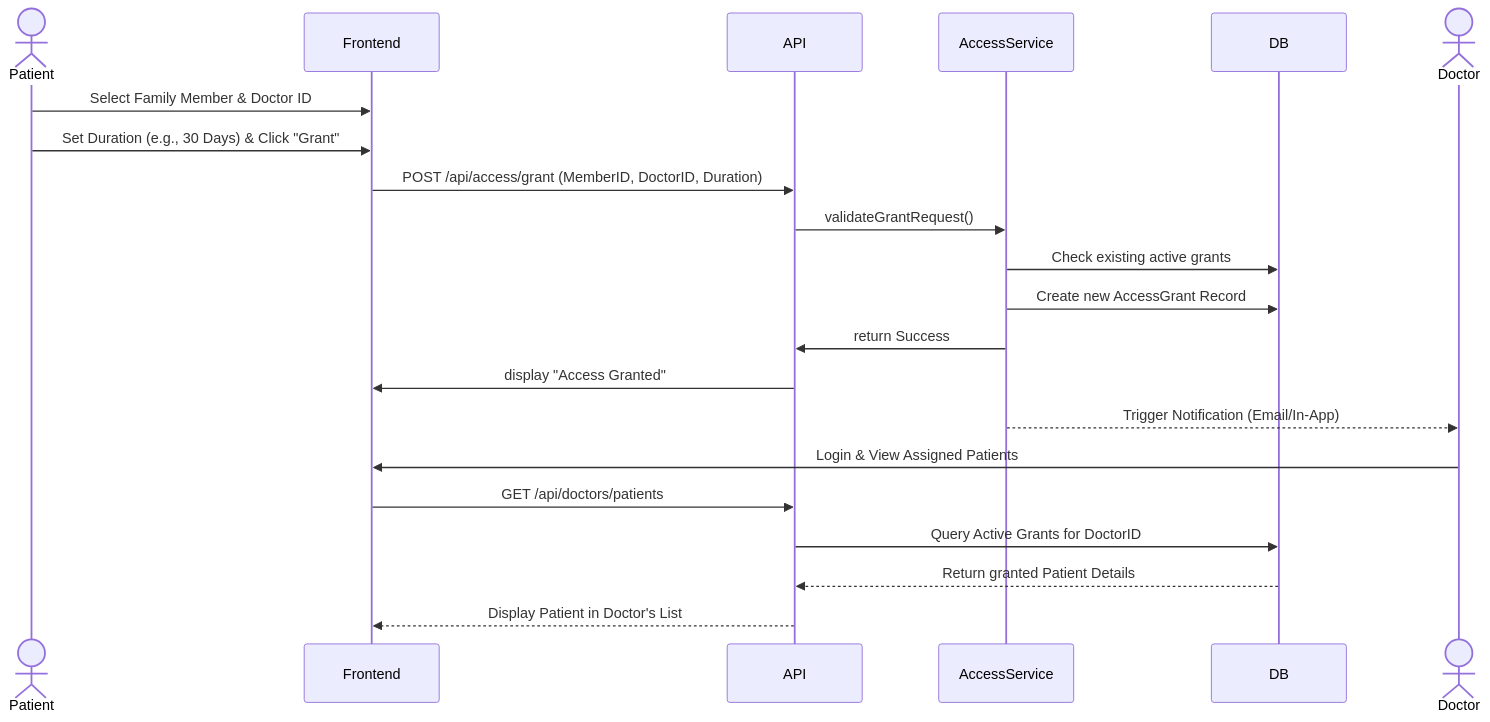
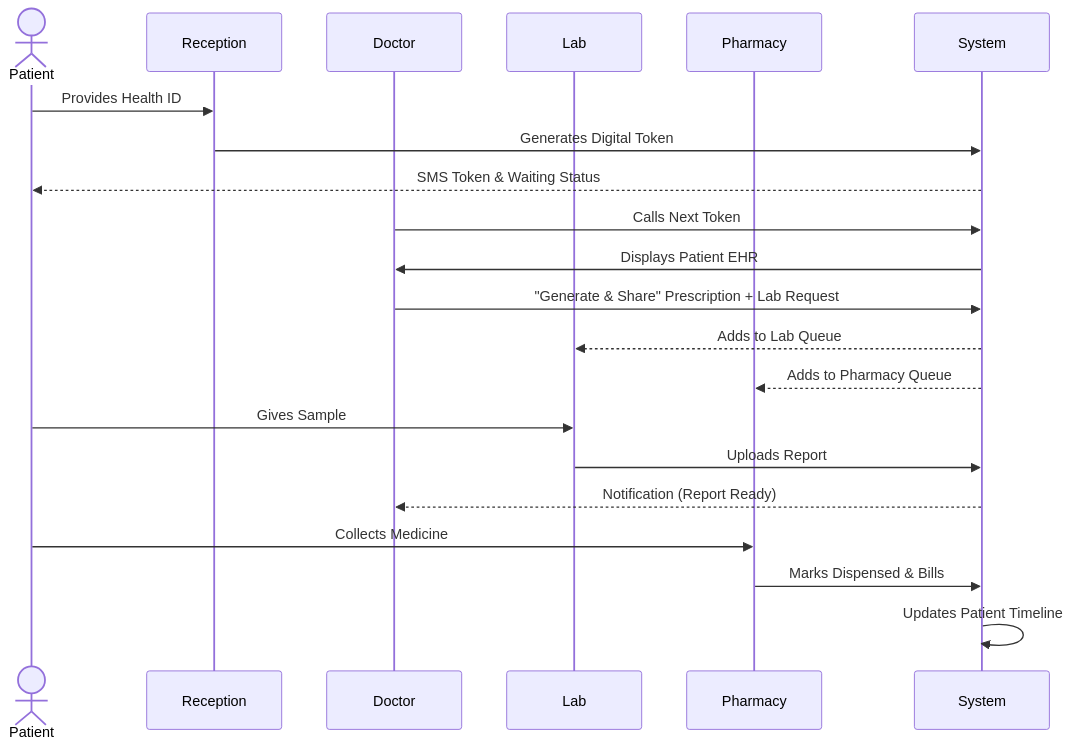
One commit to neeteshdixit/health-care-management changed the second of 2 diagrams in healthvault_prd.md. Above: the diagram before and after it, drawn with Mermaid. The commit also changed other lines of this file, not shown here.

Commit message:
docs: expand master PRD to include full hospital workflows and EHR

````diff
--- a/healthvault_prd.md
+++ b/healthvault_prd.md
@@ -166,26 +139,28 @@
 ```mermaid
 sequenceDiagram
     actor Patient
-    participant Frontend
-    participant API
-    participant AccessService
-    participant DB
-    actor Doctor
+    participant Reception
+    participant Doctor
+    participant Lab
+    participant Pharmacy
+    participant System
 
-    Patient->>Frontend: Select Family Member & Doctor ID
-    Patient->>Frontend: Set Duration (e.g., 30 Days) & Click "Grant"
-    Frontend->>API: POST /api/access/grant (MemberID, DoctorID, Duration)
-    API->>AccessService: validateGrantRequest()
-    AccessService->>DB: Check existing active grants
-    AccessService->>DB: Create new AccessGrant Record
-    AccessService->>API: return Success
-    API->>Frontend: display "Access Granted"
+    Patient->>Reception: Provides Health ID
+    Reception->>System: Generates Digital Token
+    System-->>Patient: SMS Token & Waiting Status
     
-    AccessService-->>Doctor: Trigger Notification (Email/In-App)
+    Doctor->>System: Calls Next Token
+    System->>Doctor: Displays Patient EHR
+    Doctor->>System: "Generate & Share" Prescription + Lab Request
     
-    Doctor->>Frontend: Login & View Assigned Patients
-    Frontend->>API: GET /api/doctors/patients
-    API->>DB: Query Active Grants for DoctorID
-    DB-->>API: Return granted Patient Details
-    API-->>Frontend: Display Patient in Doctor's List
+    System-->>Lab: Adds to Lab Queue
+    System-->>Pharmacy: Adds to Pharmacy Queue
+    
+    Patient->>Lab: Gives Sample
+    Lab->>System: Uploads Report
+    System-->>Doctor: Notification (Report Ready)
+    
+    Patient->>Pharmacy: Collects Medicine
+    Pharmacy->>System: Marks Dispensed & Bills
+    System->>System: Updates Patient Timeline
 ```
````
